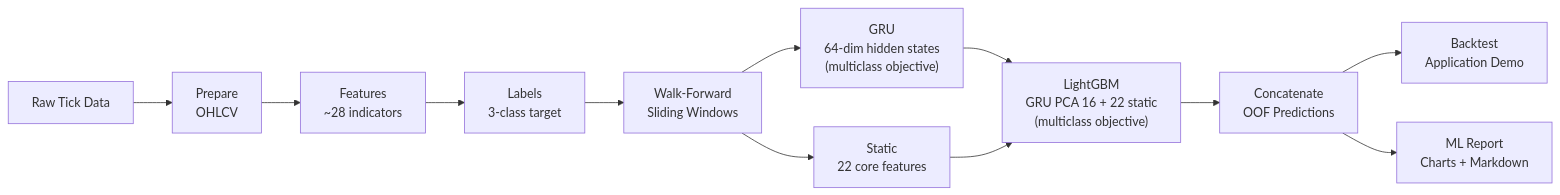
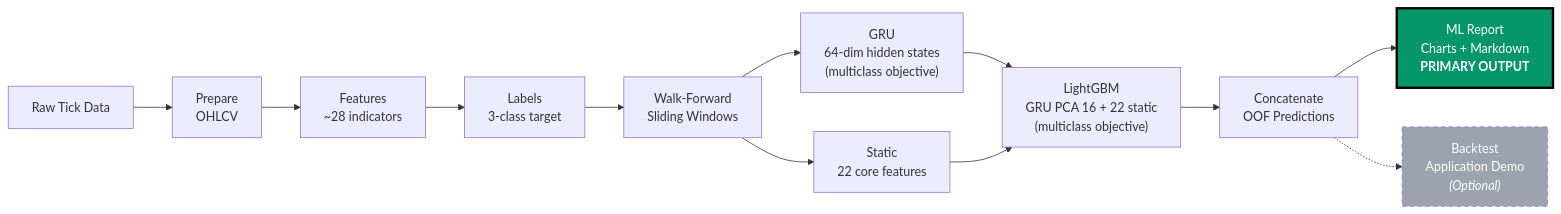
The first of 8 diagrams in docs/ARCHITECTURE.md (ultimateBroK/thesis-hybrid-stacking), drawn with Mermaid before and after one commit. The commit also changed other lines of this file and 20 other files, not shown here.

First line of the commit message:
feat: restructure evaluation to prioritize classification metrics and demote backtest to optional demo

````diff
--- a/docs/ARCHITECTURE.md
+++ b/docs/ARCHITECTURE.md
@@ -29,17 +57,20 @@
 ```mermaid
 flowchart LR
     A["Raw Tick Data"] --> B["Prepare<br/>OHLCV"]
     B --> C["Features<br/>~28 indicators"]
     C --> D["Labels<br/>3-class target"]
     D --> E["Walk-Forward<br/>Sliding Windows"]
 
     E --> F["GRU<br/>64-dim hidden states<br/>(multiclass objective)"]
     E --> G["Static<br/>22 core features"]
 
     F --> H["LightGBM<br/>GRU PCA 16 + 22 static<br/>(multiclass objective)"]
     G --> H
 
     H --> I["Concatenate<br/>OOF Predictions"]
-    I --> J["Backtest<br/>Application Demo"]
-    I --> K["ML Report<br/>Charts + Markdown"]
+    I --> K["ML Report<br/>Charts + Markdown<br/><b>PRIMARY OUTPUT</b>"]
+    I -.-> J["Backtest<br/>Application Demo<br/><i>(Optional)</i>"]
+
+    style K fill:#059669,color:#fff,stroke:#000,stroke-width:3px
+    style J fill:#9CA3AF,color:#fff,stroke-dasharray: 5 5
 ```
````
